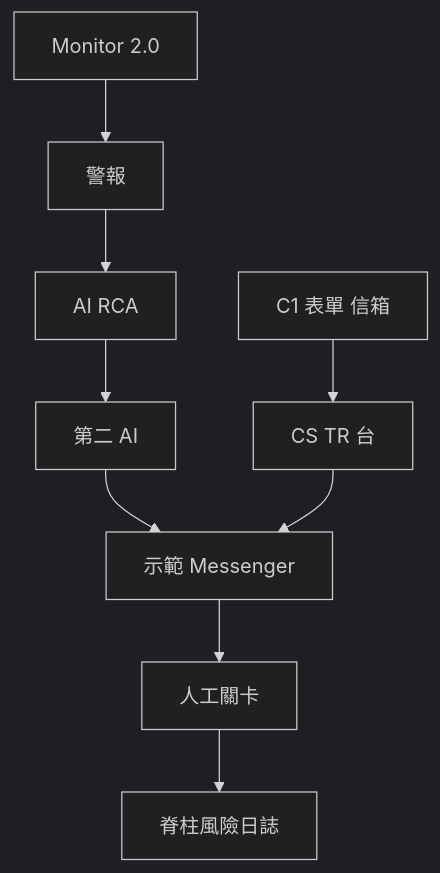
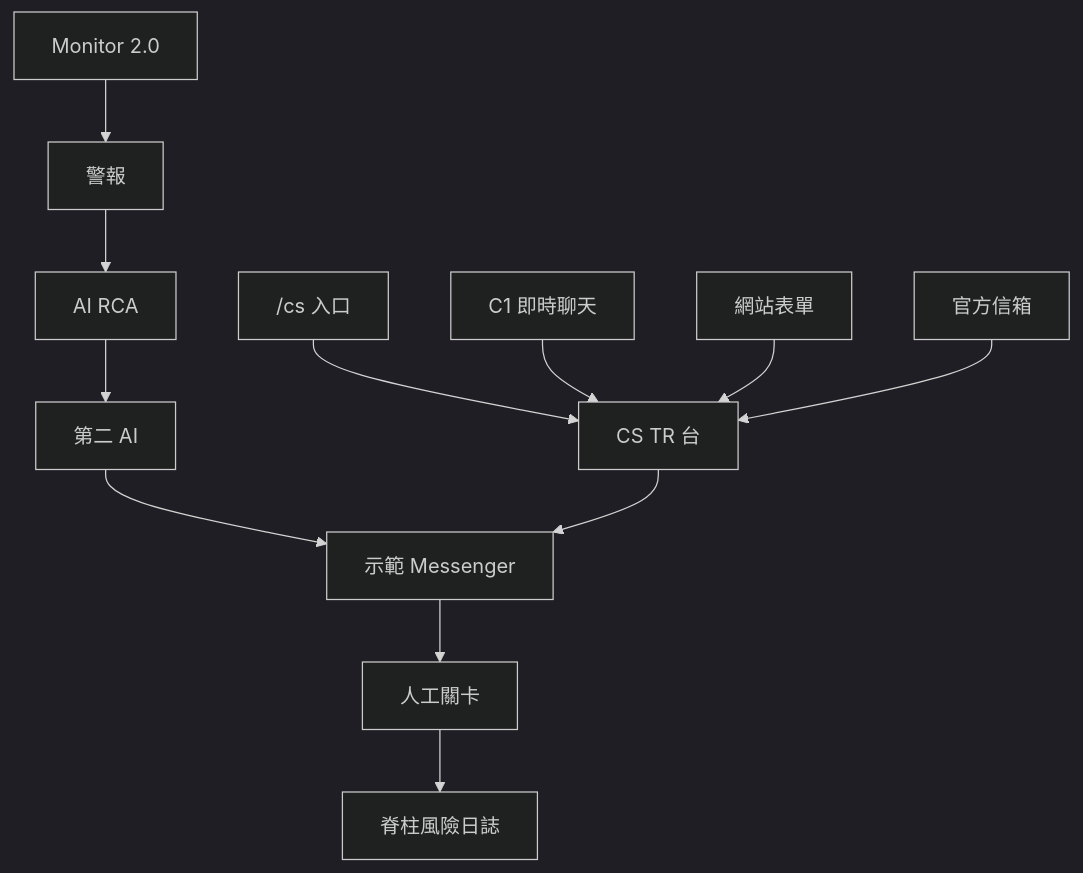
The first of 8 diagrams in platform/docs/TSD.zh-Hant.md (hxyan2020/PRD), drawn with Mermaid (dark theme) before and after one commit. The commit also changed other lines of this file and 9 other files, not shown here.

First line of the commit message:
Enrich the TSD with CS/TR schema, intake, wait loop, and catalog.

````diff
--- a/platform/docs/TSD.zh-Hant.md
+++ b/platform/docs/TSD.zh-Hant.md
@@ -47,11 +50,14 @@
 ```mermaid
 graph TD
   Mon[Monitor 2.0] --> Alarm[警報]
   Alarm --> Rca[AI RCA]
   Rca --> Ch[第二 AI]
   Ch --> Msg[示範 Messenger]
-  Client[C1 表單 信箱] --> Cs[CS TR 台]
+  Portal["/cs 入口"] --> Cs[CS TR 台]
+  C1[C1 即時聊天] --> Cs
+  Form[網站表單] --> Cs
+  Mail[官方信箱] --> Cs
   Cs --> Msg
   Msg --> Gate[人工關卡]
   Gate --> Spine[脊柱風險日誌]
 ```
````
